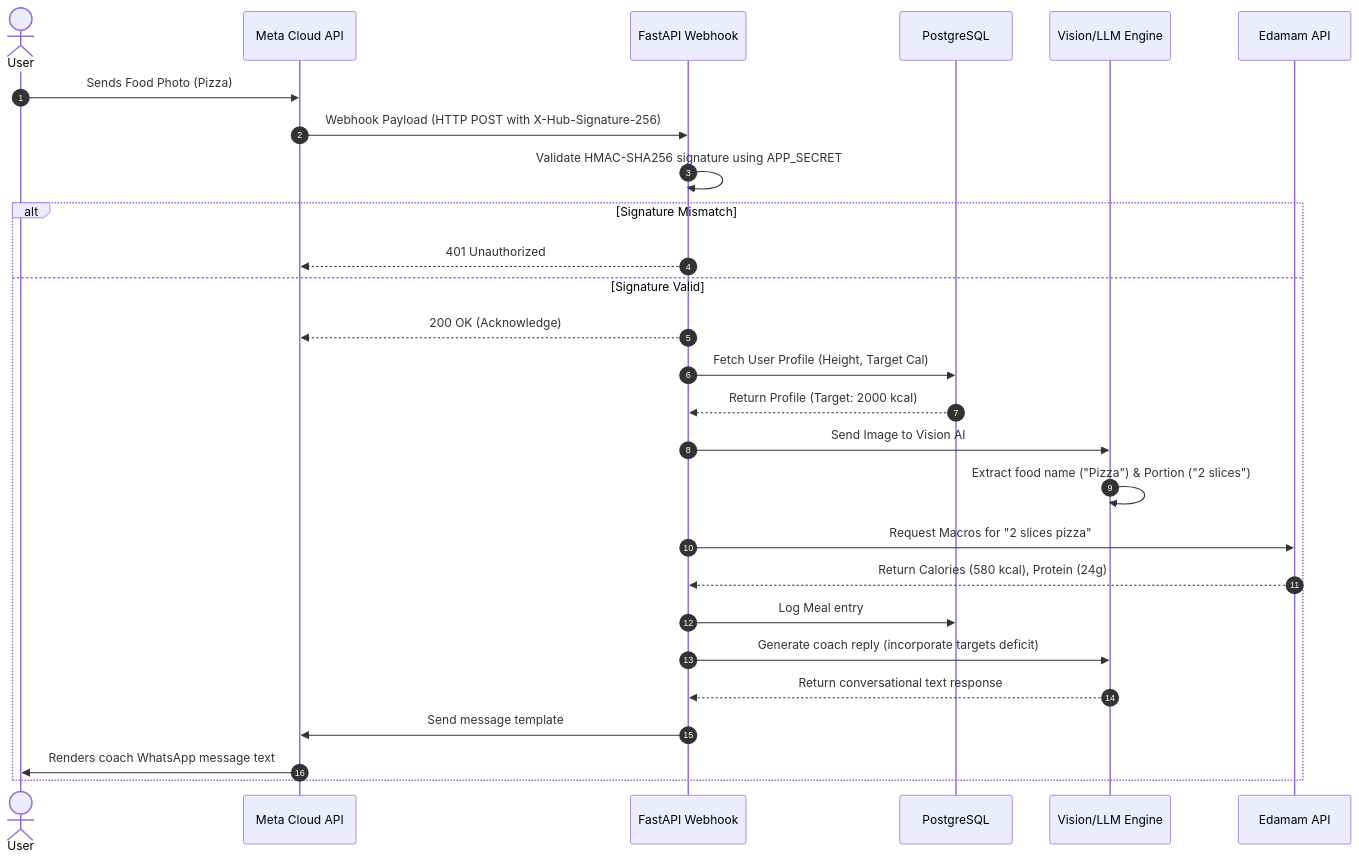
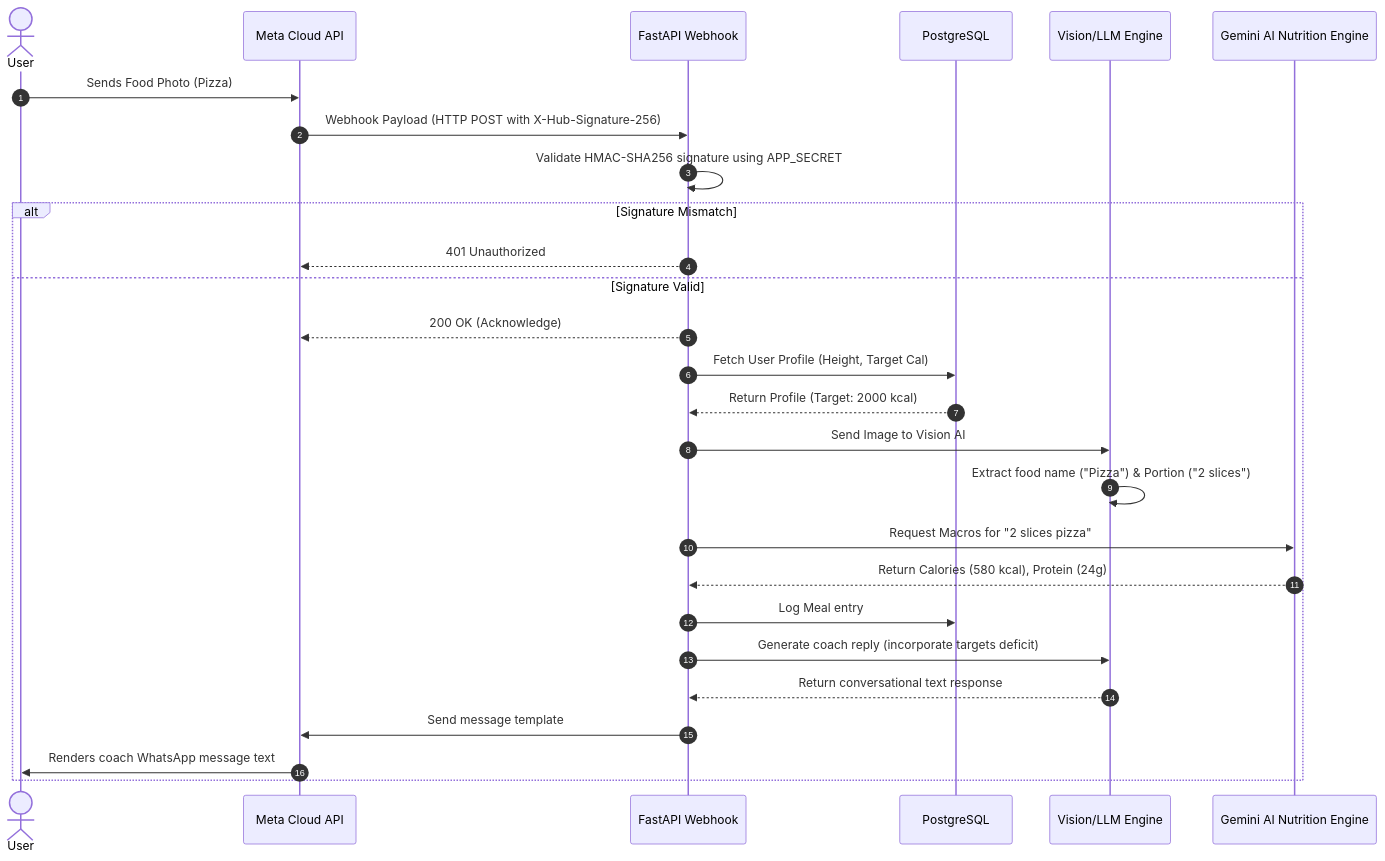
The second of 8 diagrams in ARCHITECTURE.md (Tejas190605/NutriChat-AI), drawn with Mermaid before and after one commit. The commit also changed other lines of this file and 10 other files, not shown here.

Commit message:
Replace Edamam with Gemini Nutrition Engine

````diff
--- a/ARCHITECTURE.md
+++ b/ARCHITECTURE.md
@@ -44,30 +44,30 @@
 ```mermaid
 sequenceDiagram
     autonumber
     actor User
     participant Meta as Meta Cloud API
     participant Webhook as FastAPI Webhook
     participant DB as PostgreSQL
     participant AI as Vision/LLM Engine
-    participant Nutrition as Edamam API
+    participant Nutrition as Gemini AI Nutrition Engine
 
     User->>Meta: Sends Food Photo (Pizza)
     Meta->>Webhook: Webhook Payload (HTTP POST with X-Hub-Signature-256)
     Webhook->>Webhook: Validate HMAC-SHA256 signature using APP_SECRET
     alt Signature Mismatch
         Webhook-->>Meta: 401 Unauthorized
     else Signature Valid
         Webhook-->>Meta: 200 OK (Acknowledge)
         Webhook->>DB: Fetch User Profile (Height, Target Cal)
         DB-->>Webhook: Return Profile (Target: 2000 kcal)
         Webhook->>AI: Send Image to Vision AI
         AI->>AI: Extract food name ("Pizza") & Portion ("2 slices")
         Webhook->>Nutrition: Request Macros for "2 slices pizza"
         Nutrition-->>Webhook: Return Calories (580 kcal), Protein (24g)
         Webhook->>DB: Log Meal entry
         Webhook->>AI: Generate coach reply (incorporate targets deficit)
         AI-->>Webhook: Return conversational text response
         Webhook->>Meta: Send message template
         Meta->>User: Renders coach WhatsApp message text
     end
 ```
````
